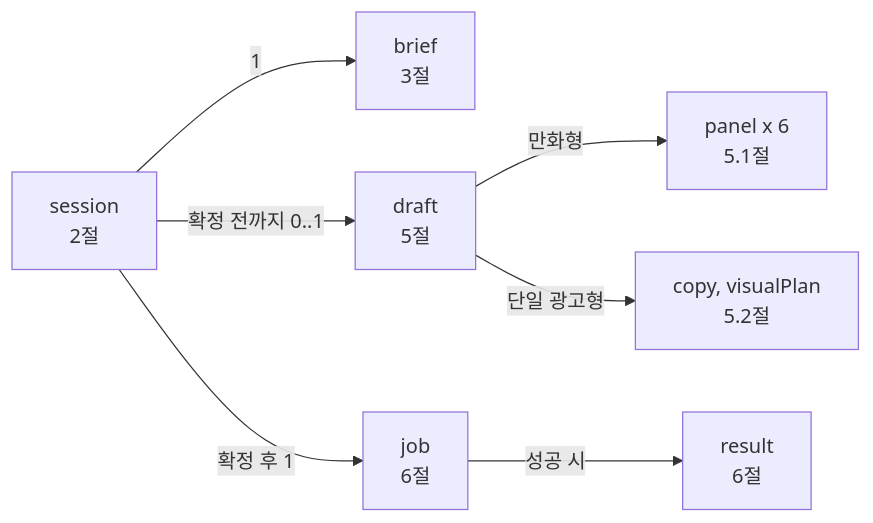
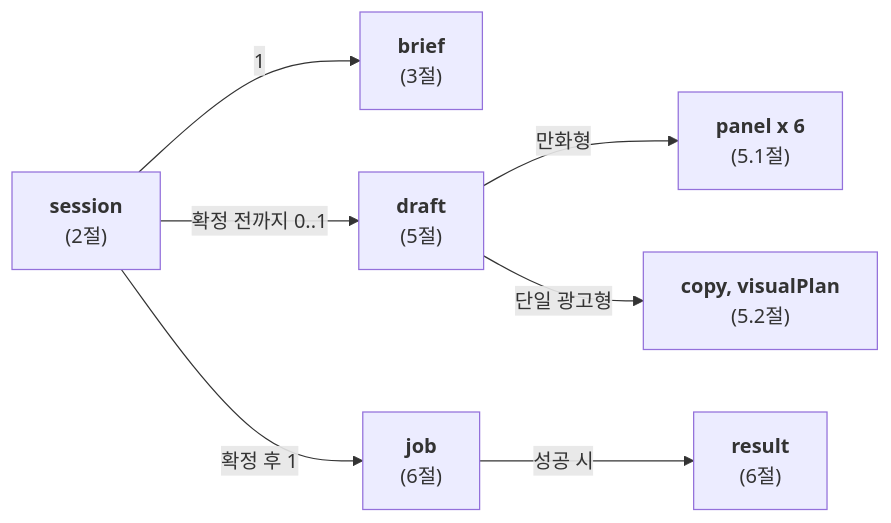
The first of 5 diagrams in docs/기술문서/도메인_모델.md (Codeit-AI10-Part4-3Team/AI10-Part4-3Team-Advanced-Project), drawn with Mermaid before and after one commit. The commit also changed other lines of this file and 2 other files, not shown here.

First line of the commit message:
docs: PM 리뷰 반영 - adPlan 문자열화, 브리프 잠금 시점, outputType 단일화

````diff
--- a/docs/기술문서/도메인_모델.md
+++ b/docs/기술문서/도메인_모델.md
@@ -11,17 +11,17 @@
 ```mermaid
 flowchart LR
-    SESSION["session<br/>2절"]
-    BRIEF["brief<br/>3절"]
-    DRAFT["draft<br/>5절"]
-    PANEL["panel x 6<br/>5.1절"]
-    ADSCRIPT["copy, visualPlan<br/>5.2절"]
-    JOB["job<br/>6절"]
-    RESULT["result<br/>6절"]
+    SESSION["<b>session</b><br/>(2절)"]
+    BRIEF["<b>brief</b><br/>(3절)"]
+    DRAFT["<b>draft</b><br/>(5절)"]
+    PANEL["<b>panel x 6</b><br/>(5.1절)"]
+    ADSCRIPT["<b>copy, visualPlan</b><br/>(5.2절)"]
+    JOB["<b>job</b><br/>(6절)"]
+    RESULT["<b>result</b><br/>(6절)"]
 
     SESSION -->|"1"| BRIEF
     SESSION -->|"확정 전까지 0..1"| DRAFT
     SESSION -->|"확정 후 1"| JOB
     DRAFT -->|"만화형"| PANEL
     DRAFT -->|"단일 광고형"| ADSCRIPT
     JOB -->|"성공 시"| RESULT
 ```
````
